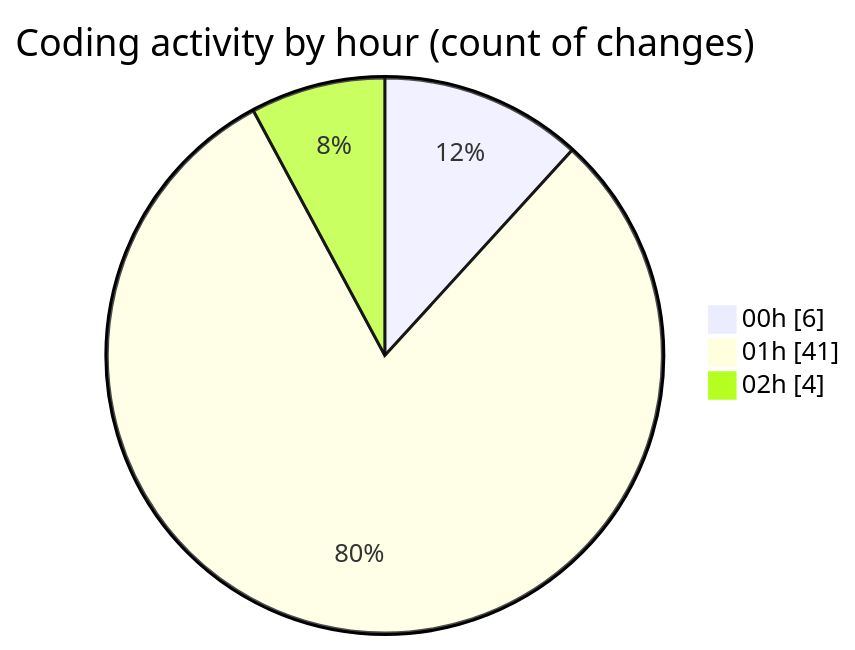
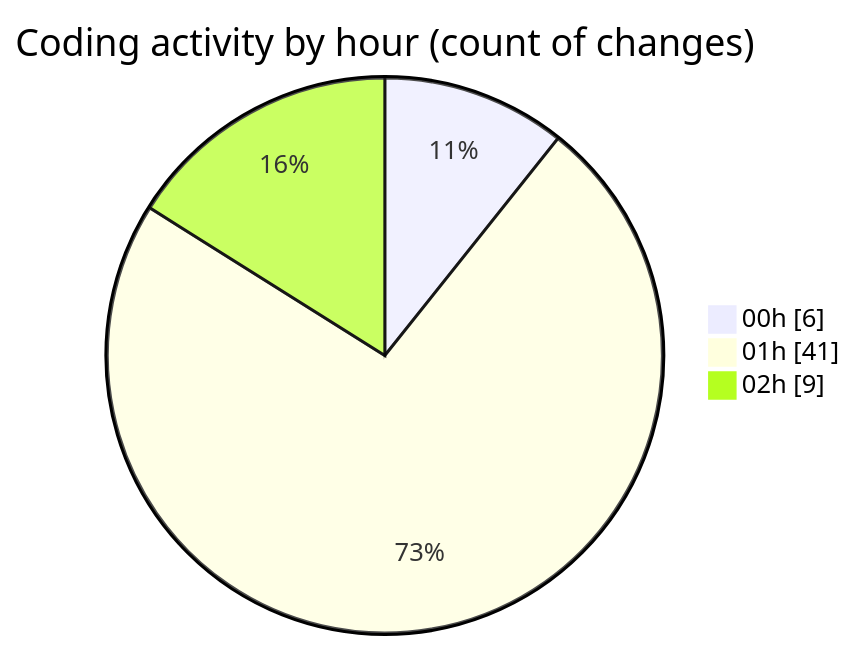
The second of 2 diagrams in 2025-06-22/archive/README.md (JenPaints/code-tracking), drawn with Mermaid before and after one commit. The commit also changed other lines of this file and 1 other file, not shown here.

````diff
--- a/2025-06-22/archive/README.md
+++ b/2025-06-22/archive/README.md
@@ -35,7 +35,7 @@
 ```mermaid
 pie showData
 title Coding activity by hour (count of changes)
 "00h" : 6
 "01h" : 41
-"02h" : 4
+"02h" : 9
 ```
````
